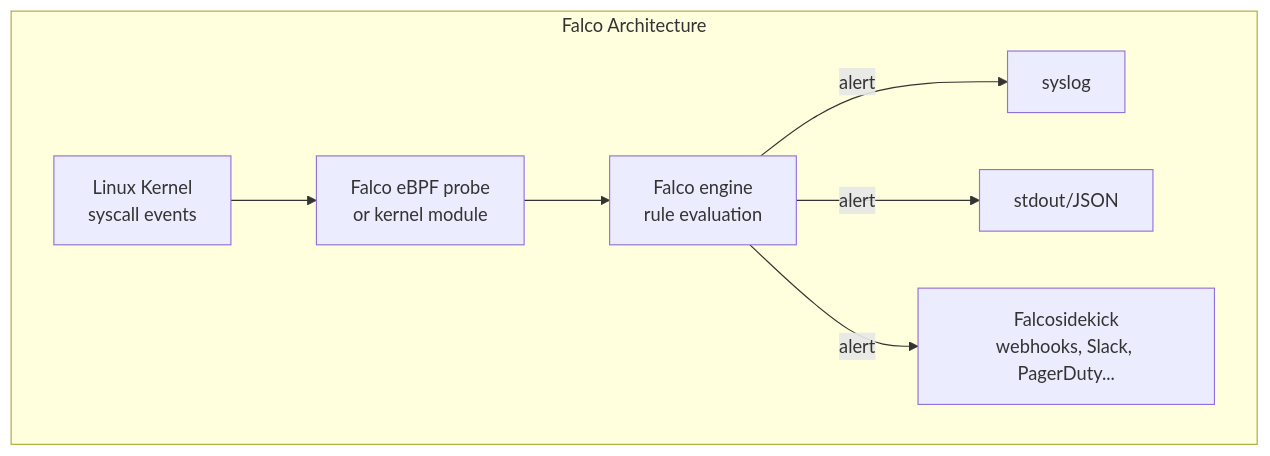
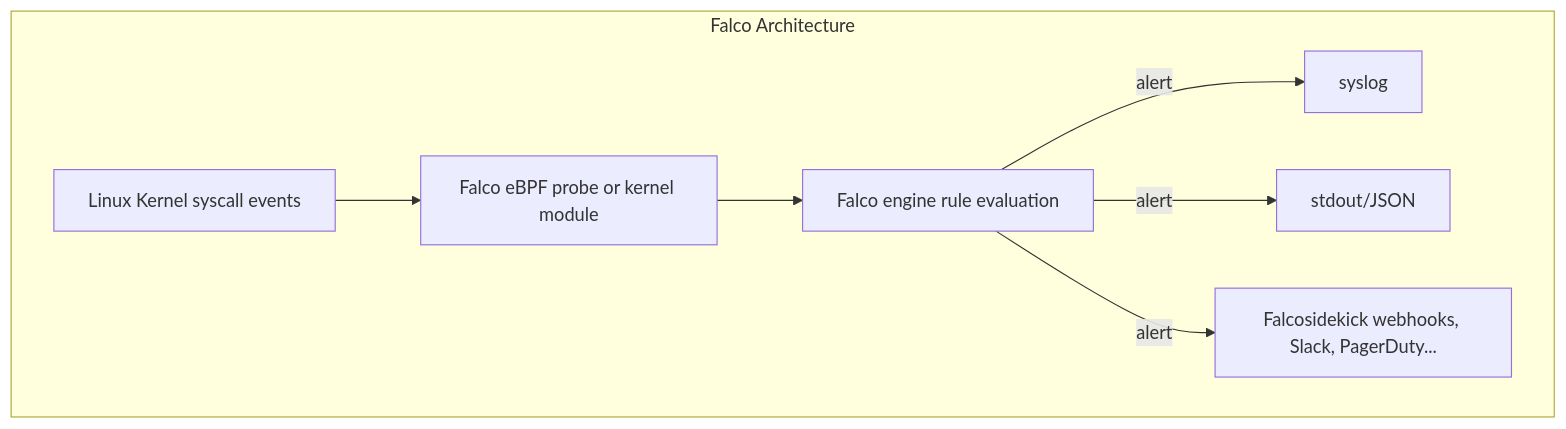
The fourth of 4 diagrams in 09_security/05_hardening_guide.md (UncleJS/course_k3s), drawn with Mermaid before and after one commit. The commit also changed other lines of this file and 57 other files, not shown here.

````diff
--- a/09_security/05_hardening_guide.md
+++ b/09_security/05_hardening_guide.md
@@ -584,10 +584,10 @@
 ```mermaid
 graph TD
     subgraph "Falco Architecture"
-        SC[Linux Kernel\nsyscall events] --> PROBE[Falco eBPF probe\nor kernel module]
-        PROBE --> FALCO[Falco engine\nrule evaluation]
+        SC[Linux Kernel syscall events] --> PROBE[Falco eBPF probe or kernel module]
+        PROBE --> FALCO[Falco engine rule evaluation]
         FALCO -->|alert| SYSLOG[syslog]
         FALCO -->|alert| STDOUT[stdout/JSON]
-        FALCO -->|alert| FALCOSIDEKICK[Falcosidekick\nwebhooks, Slack, PagerDuty...]
+        FALCO -->|alert| FALCOSIDEKICK[Falcosidekick webhooks, Slack, PagerDuty...]
     end
 ```
````
